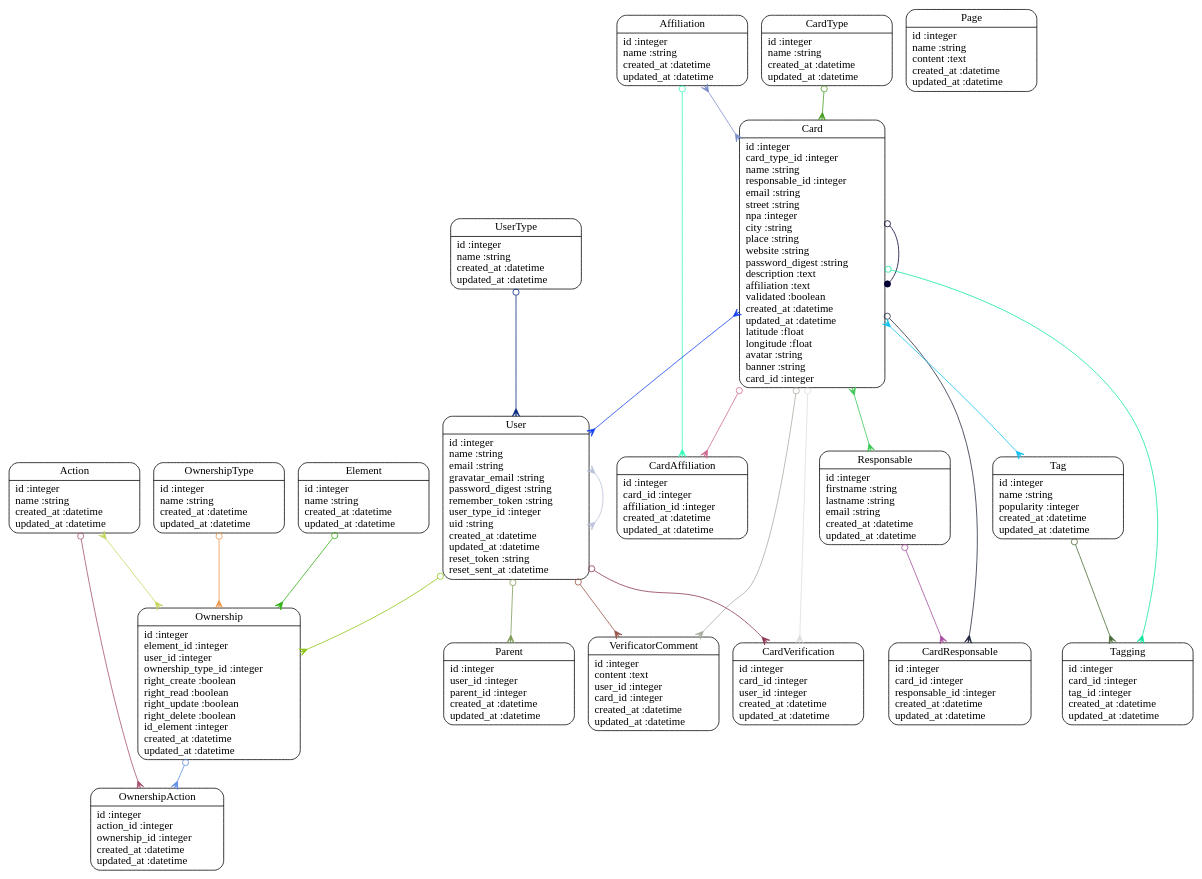
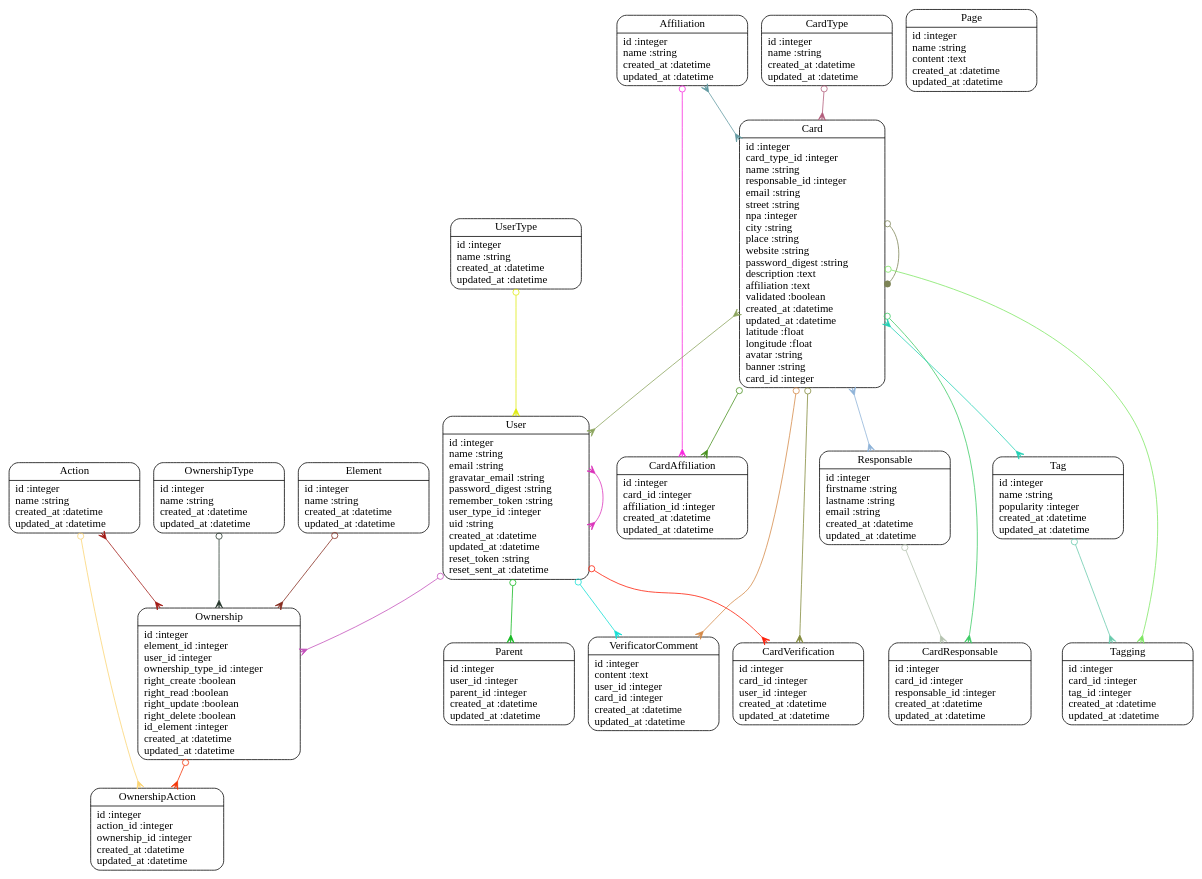
One commit to doxa-tech/resj changed the diagram in models.dot. Above: the diagram before and after it, drawn with Graphviz. The commit also changed 14 other files, not shown here.

```diff
--- a/models.dot
+++ b/models.dot
@@ -1,47 +1,47 @@
 digraph models_diagram {
 	graph[overlap=false, splines=true]
 	"Action" [shape=Mrecord, label="{Action|id :integer\lname :string\lcreated_at :datetime\lupdated_at :datetime\l}"]
 	"Affiliation" [shape=Mrecord, label="{Affiliation|id :integer\lname :string\lcreated_at :datetime\lupdated_at :datetime\l}"]
 	"Card" [shape=Mrecord, label="{Card|id :integer\lcard_type_id :integer\lname :string\lresponsable_id :integer\lemail :string\lstreet :string\lnpa :integer\lcity :string\lplace :string\lwebsite :string\lpassword_digest :string\ldescription :text\laffiliation :text\lvalidated :boolean\lcreated_at :datetime\lupdated_at :datetime\llatitude :float\llongitude :float\lavatar :string\lbanner :string\lcard_id :integer\l}"]
 	"CardAffiliation" [shape=Mrecord, label="{CardAffiliation|id :integer\lcard_id :integer\laffiliation_id :integer\lcreated_at :datetime\lupdated_at :datetime\l}"]
 	"CardResponsable" [shape=Mrecord, label="{CardResponsable|id :integer\lcard_id :integer\lresponsable_id :integer\lcreated_at :datetime\lupdated_at :datetime\l}"]
 	"CardType" [shape=Mrecord, label="{CardType|id :integer\lname :string\lcreated_at :datetime\lupdated_at :datetime\l}"]
 	"CardVerification" [shape=Mrecord, label="{CardVerification|id :integer\lcard_id :integer\luser_id :integer\lcreated_at :datetime\lupdated_at :datetime\l}"]
 	"Element" [shape=Mrecord, label="{Element|id :integer\lname :string\lcreated_at :datetime\lupdated_at :datetime\l}"]
 	"Ownership" [shape=Mrecord, label="{Ownership|id :integer\lelement_id :integer\luser_id :integer\lownership_type_id :integer\lright_create :boolean\lright_read :boolean\lright_update :boolean\lright_delete :boolean\lid_element :integer\lcreated_at :datetime\lupdated_at :datetime\l}"]
 	"OwnershipAction" [shape=Mrecord, label="{OwnershipAction|id :integer\laction_id :integer\lownership_id :integer\lcreated_at :datetime\lupdated_at :datetime\l}"]
 	"OwnershipType" [shape=Mrecord, label="{OwnershipType|id :integer\lname :string\lcreated_at :datetime\lupdated_at :datetime\l}"]
 	"Page" [shape=Mrecord, label="{Page|id :integer\lname :string\lcontent :text\lcreated_at :datetime\lupdated_at :datetime\l}"]
 	"Parent" [shape=Mrecord, label="{Parent|id :integer\luser_id :integer\lparent_id :integer\lcreated_at :datetime\lupdated_at :datetime\l}"]
 	"Responsable" [shape=Mrecord, label="{Responsable|id :integer\lfirstname :string\llastname :string\lemail :string\lcreated_at :datetime\lupdated_at :datetime\l}"]
 	"Tag" [shape=Mrecord, label="{Tag|id :integer\lname :string\lpopularity :integer\lcreated_at :datetime\lupdated_at :datetime\l}"]
 	"Tagging" [shape=Mrecord, label="{Tagging|id :integer\lcard_id :integer\ltag_id :integer\lcreated_at :datetime\lupdated_at :datetime\l}"]
 	"User" [shape=Mrecord, label="{User|id :integer\lname :string\lemail :string\lgravatar_email :string\lpassword_digest :string\lremember_token :string\luser_type_id :integer\luid :string\lcreated_at :datetime\lupdated_at :datetime\lreset_token :string\lreset_sent_at :datetime\l}"]
 	"UserType" [shape=Mrecord, label="{UserType|id :integer\lname :string\lcreated_at :datetime\lupdated_at :datetime\l}"]
 	"VerificatorComment" [shape=Mrecord, label="{VerificatorComment|id :integer\lcontent :text\luser_id :integer\lcard_id :integer\lcreated_at :datetime\lupdated_at :datetime\l}"]
-	"Action" -> "OwnershipAction" [arrowtail=odot, arrowhead=crow, dir=both color="#A64F6D"]
-	"Action" -> "Ownership" [arrowtail=crow, arrowhead=crow, dir=both color="#C8D460"]
-	"Affiliation" -> "CardAffiliation" [arrowtail=odot, arrowhead=crow, dir=both color="#34FCB8"]
-	"Affiliation" -> "Card" [arrowtail=crow, arrowhead=crow, dir=both color="#7A8DC8"]
-	"Card" -> "CardResponsable" [arrowtail=odot, arrowhead=crow, dir=both color="#22293F"]
-	"Card" -> "Responsable" [arrowtail=crow, arrowhead=crow, dir=both color="#3CC755"]
-	"Card" -> "CardVerification" [arrowtail=odot, arrowhead=crow, dir=both color="#DFDCDD"]
-	"Card" -> "User" [arrowtail=crow, arrowhead=crow, dir=both color="#1442F3"]
-	"Card" -> "CardAffiliation" [arrowtail=odot, arrowhead=crow, dir=both color="#CE6790"]
-	"Card" -> "Tagging" [arrowtail=odot, arrowhead=crow, dir=both color="#10E59E"]
-	"Card" -> "Tag" [arrowtail=crow, arrowhead=crow, dir=both color="#0FC1F0"]
-	"Card" -> "VerificatorComment" [arrowtail=odot, arrowhead=crow, dir=both color="#A7ACA0"]
-	"Card" -> "Card" [arrowtail=odot, arrowhead=dot, dir=both color="#060134"]
-	"CardType" -> "Card" [arrowtail=odot, arrowhead=crow, dir=both color="#459D20"]
-	"Element" -> "Ownership" [arrowtail=odot, arrowhead=crow, dir=both color="#30B011"]
-	"Ownership" -> "OwnershipAction" [arrowtail=odot, arrowhead=crow, dir=both color="#5D8BE4"]
-	"OwnershipType" -> "Ownership" [arrowtail=odot, arrowhead=crow, dir=both color="#ED974C"]
-	"Responsable" -> "CardResponsable" [arrowtail=odot, arrowhead=crow, dir=both color="#A64B9D"]
-	"Tag" -> "Tagging" [arrowtail=odot, arrowhead=crow, dir=both color="#456933"]
-	"User" -> "CardVerification" [arrowtail=odot, arrowhead=crow, dir=both color="#8C3551"]
-	"User" -> "Ownership" [arrowtail=odot, arrowhead=crow, dir=both color="#8CC310"]
-	"User" -> "Parent" [arrowtail=odot, arrowhead=crow, dir=both color="#7E9A56"]
-	"User" -> "User" [arrowtail=crow, arrowhead=crow, dir=both color="#BAC1DA"]
-	"User" -> "VerificatorComment" [arrowtail=odot, arrowhead=crow, dir=both color="#985247"]
-	"UserType" -> "User" [arrowtail=odot, arrowhead=crow, dir=both color="#00257C"]
+	"Action" -> "OwnershipAction" [arrowtail=odot, arrowhead=crow, dir=both color="#FCD473"]
+	"Action" -> "Ownership" [arrowtail=crow, arrowhead=crow, dir=both color="#A11813"]
+	"Affiliation" -> "CardAffiliation" [arrowtail=odot, arrowhead=crow, dir=both color="#F826DE"]
+	"Affiliation" -> "Card" [arrowtail=crow, arrowhead=crow, dir=both color="#629AA2"]
+	"Card" -> "CardResponsable" [arrowtail=odot, arrowhead=crow, dir=both color="#3DCB65"]
+	"Card" -> "Responsable" [arrowtail=crow, arrowhead=crow, dir=both color="#8EB3D8"]
+	"Card" -> "CardVerification" [arrowtail=odot, arrowhead=crow, dir=both color="#81893A"]
+	"Card" -> "User" [arrowtail=crow, arrowhead=crow, dir=both color="#8CA55D"]
+	"Card" -> "CardAffiliation" [arrowtail=odot, arrowhead=crow, dir=both color="#48911E"]
+	"Card" -> "Tagging" [arrowtail=odot, arrowhead=crow, dir=both color="#7DE762"]
+	"Card" -> "Tag" [arrowtail=crow, arrowhead=crow, dir=both color="#23D0B4"]
+	"Card" -> "VerificatorComment" [arrowtail=odot, arrowhead=crow, dir=both color="#D58947"]
+	"Card" -> "Card" [arrowtail=odot, arrowhead=dot, dir=both color="#7D8457"]
+	"CardType" -> "Card" [arrowtail=odot, arrowhead=crow, dir=both color="#B25C7A"]
+	"Element" -> "Ownership" [arrowtail=odot, arrowhead=crow, dir=both color="#852A1D"]
+	"Ownership" -> "OwnershipAction" [arrowtail=odot, arrowhead=crow, dir=both color="#F43203"]
+	"OwnershipType" -> "Ownership" [arrowtail=odot, arrowhead=crow, dir=both color="#26372D"]
+	"Responsable" -> "CardResponsable" [arrowtail=odot, arrowhead=crow, dir=both color="#B4C2AF"]
+	"Tag" -> "Tagging" [arrowtail=odot, arrowhead=crow, dir=both color="#69CAAC"]
+	"User" -> "CardVerification" [arrowtail=odot, arrowhead=crow, dir=both color="#FE1B05"]
+	"User" -> "Ownership" [arrowtail=odot, arrowhead=crow, dir=both color="#C350BB"]
+	"User" -> "Parent" [arrowtail=odot, arrowhead=crow, dir=both color="#11B81F"]
+	"User" -> "User" [arrowtail=crow, arrowhead=crow, dir=both color="#DB32BA"]
+	"User" -> "VerificatorComment" [arrowtail=odot, arrowhead=crow, dir=both color="#13DFD5"]
+	"UserType" -> "User" [arrowtail=odot, arrowhead=crow, dir=both color="#DDEA0D"]
 }
```
